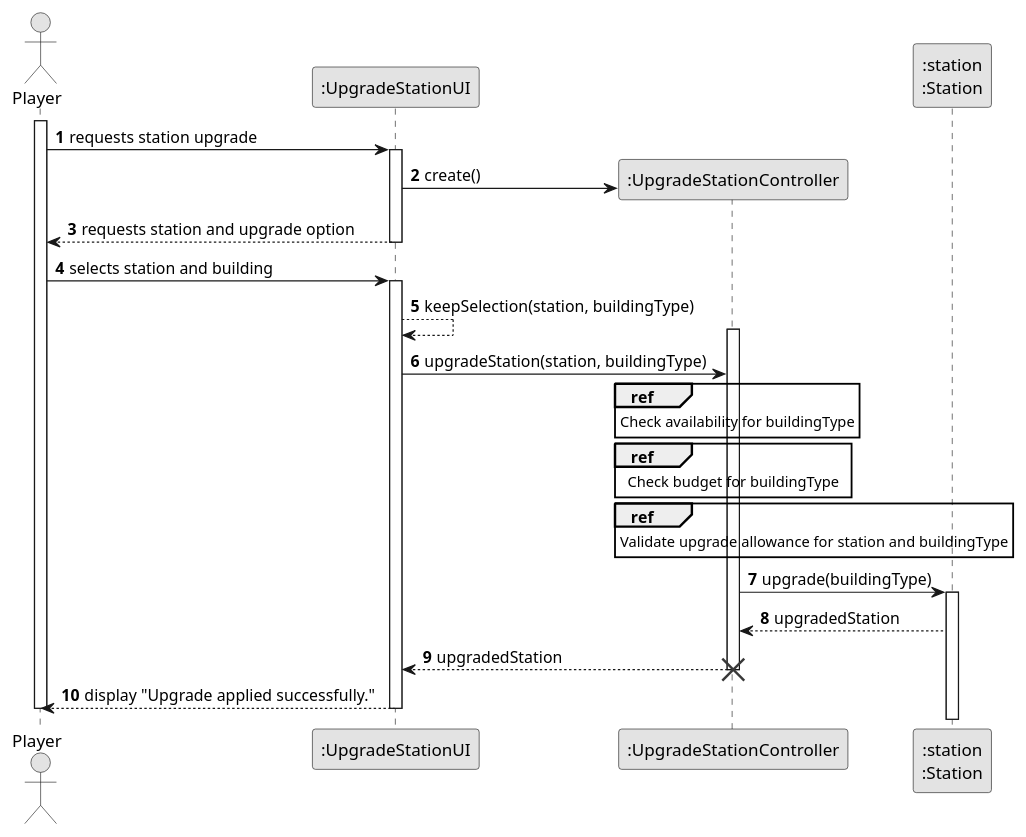
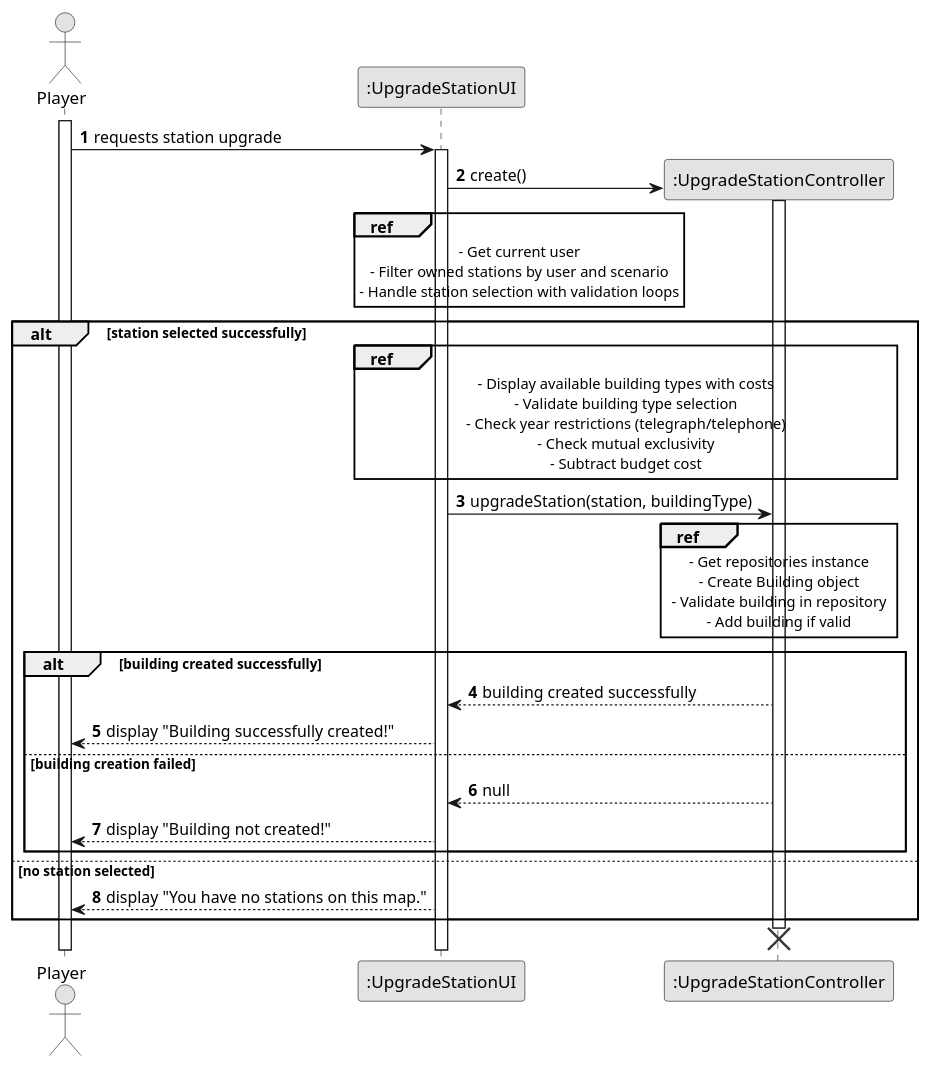
The diagram in docs/system-documentation/US006/03.design/puml/US006-SD-split.puml (goncalolopesp/sem2-pi-24.25-g093-repo), drawn with PlantUML before and after one commit. The commit also changed 13 other files, not shown here.

```diff
--- a/docs/system-documentation/US006/03.design/puml/US006-SD-split.puml
+++ b/docs/system-documentation/US006/03.design/puml/US006-SD-split.puml
@@ -1,49 +1,61 @@
 @startuml US006-SD-split
 skinparam monochrome true
 skinparam packageStyle rectangle
 skinparam shadowing false
 
 autonumber
 
 actor "Player" as Player
-participant ":UpgradeStationUI"          as UpgradeStationUI
-
+participant ":UpgradeStationUI" as UpgradeStationUI
+participant ":UpgradeStationController" as UpgradeStationController
 
 activate Player
 
 Player -> UpgradeStationUI : requests station upgrade
-create ":UpgradeStationController" as UpgradeStationController
 activate UpgradeStationUI
+
+create UpgradeStationController
 UpgradeStationUI -> UpgradeStationController : create()
-participant ":station\n:Station"         as Station
-
-UpgradeStationUI --> Player : requests station and upgrade option
-deactivate UpgradeStationUI
-
-Player -> UpgradeStationUI : selects station and building
-activate UpgradeStationUI
-UpgradeStationUI --> UpgradeStationUI : keepSelection(station, buildingType)
 activate UpgradeStationController
 
-UpgradeStationUI -> UpgradeStationController : upgradeStation(station, buildingType)
-ref over UpgradeStationController
-    Check availability for buildingType
-end ref
-ref over UpgradeStationController
-    Check budget for buildingType
-end ref
-ref over UpgradeStationController
-    Validate upgrade allowance for station and buildingType
+ref over UpgradeStationUI
+    - Get current user
+    - Filter owned stations by user and scenario
+    - Handle station selection with validation loops
 end ref
 
-UpgradeStationController -> Station : upgrade(buildingType)
-activate Station
-Station --> UpgradeStationController : upgradedStation
-UpgradeStationController --> UpgradeStationUI : upgradedStation
+alt station selected successfully
+    ref over UpgradeStationUI, UpgradeStationController
+        - Display available building types with costs
+        - Validate building type selection
+        - Check year restrictions (telegraph/telephone)
+        - Check mutual exclusivity
+        - Subtract budget cost
+    end ref
+
+    UpgradeStationUI -> UpgradeStationController : upgradeStation(station, buildingType)
+
+    ref over UpgradeStationController
+        - Get repositories instance
+        - Create Building object
+        - Validate building in repository
+        - Add building if valid
+    end ref
+
+    alt building created successfully
+        UpgradeStationController --> UpgradeStationUI : building created successfully
+        UpgradeStationUI --> Player : display "Building successfully created!"
+    else building creation failed
+        UpgradeStationController --> UpgradeStationUI : null
+        UpgradeStationUI --> Player : display "Building not created!"
+    end
+else no station selected
+    UpgradeStationUI --> Player : display "You have no stations on this map."
+end
+
+destroy UpgradeStationController
 deactivate UpgradeStationController
-destroy UpgradeStationController
-
-UpgradeStationUI --> Player : display "Upgrade applied successfully."
 deactivate UpgradeStationUI
 deactivate Player
+
 @enduml
```
